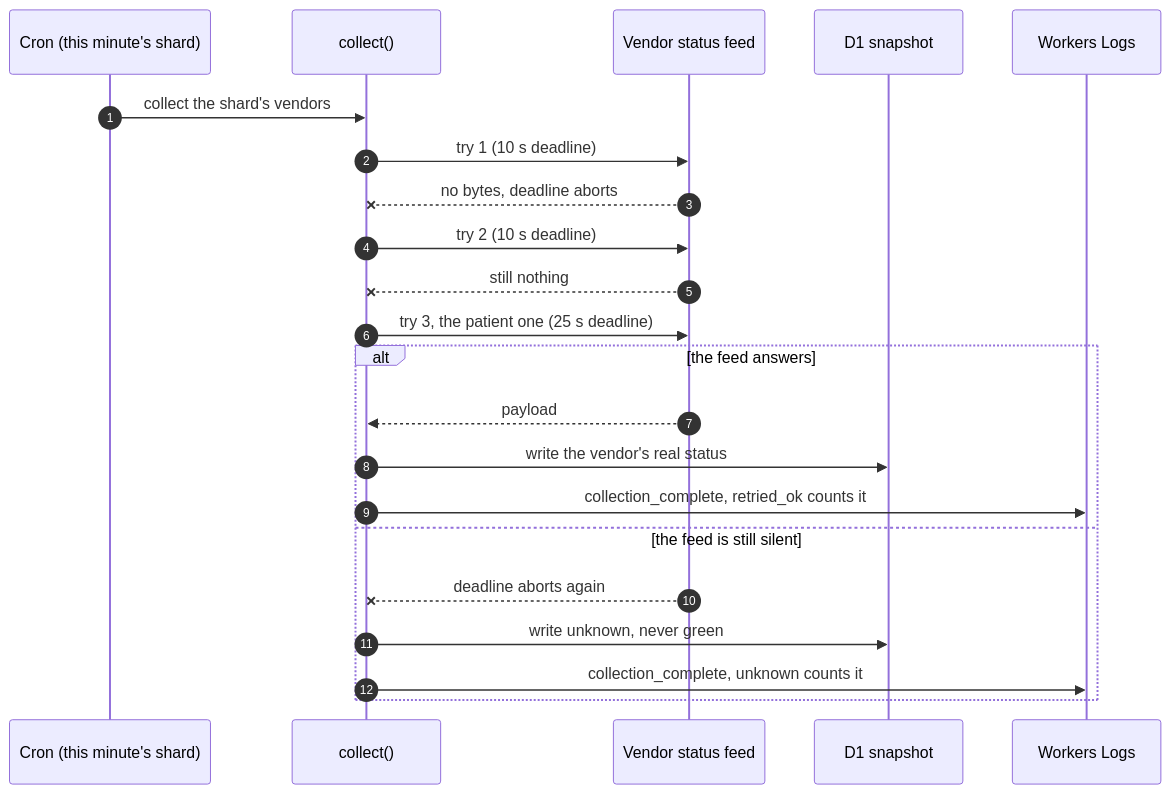
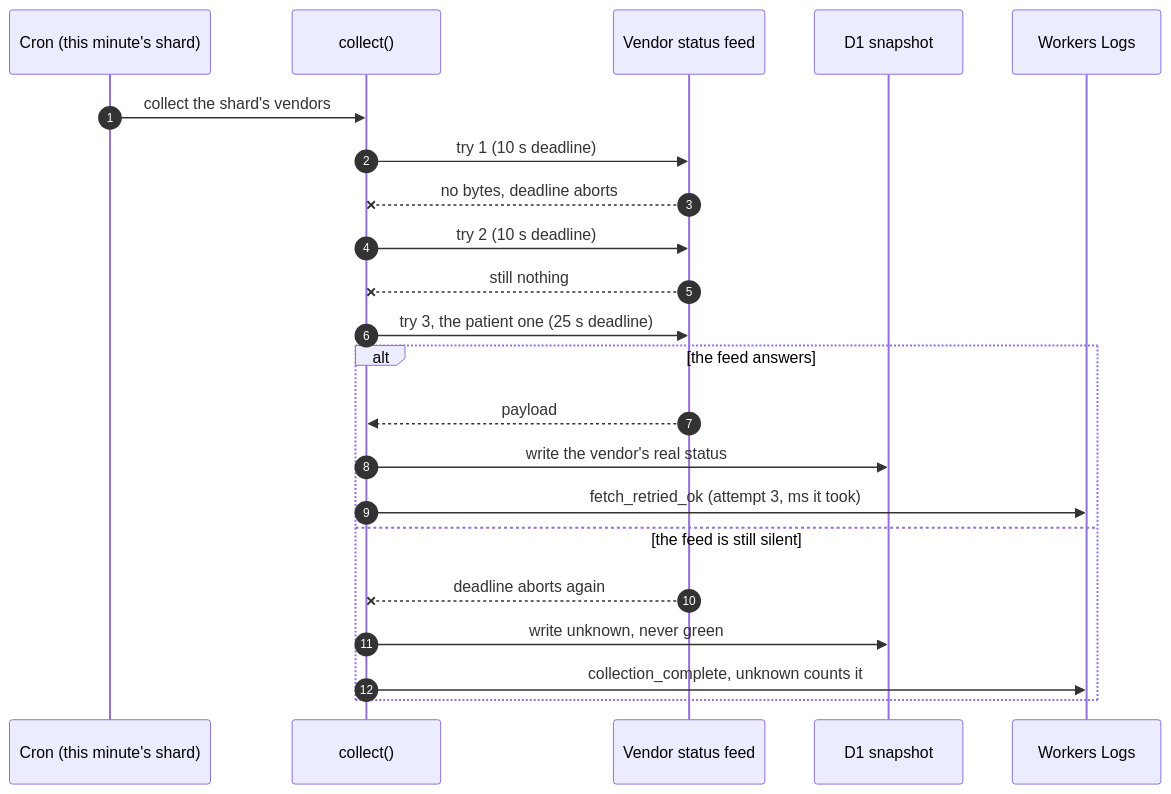
The second of 3 diagrams in README.md (bjgreenberg/vendor-dashboard), drawn with Mermaid before and after one commit. The commit also changed other lines of this file and 5 other files, not shown here.

````diff
--- a/README.md
+++ b/README.md
@@ -120,25 +122,25 @@
 ```mermaid
 sequenceDiagram
     autonumber
     participant C as Cron (this minute's shard)
     participant E as collect()
     participant V as Vendor status feed
     participant D as D1 snapshot
     participant L as Workers Logs
 
     C->>E: collect the shard's vendors
     E->>V: try 1 (10 s deadline)
     V--xE: no bytes, deadline aborts
     E->>V: try 2 (10 s deadline)
     V--xE: still nothing
     E->>V: try 3, the patient one (25 s deadline)
     alt the feed answers
         V-->>E: payload
         E->>D: write the vendor's real status
-        E->>L: collection_complete, retried_ok counts it
+        E->>L: fetch_retried_ok (attempt 3, ms it took)
     else the feed is still silent
         V--xE: deadline aborts again
         E->>D: write unknown, never green
         E->>L: collection_complete, unknown counts it
     end
 ```
````
